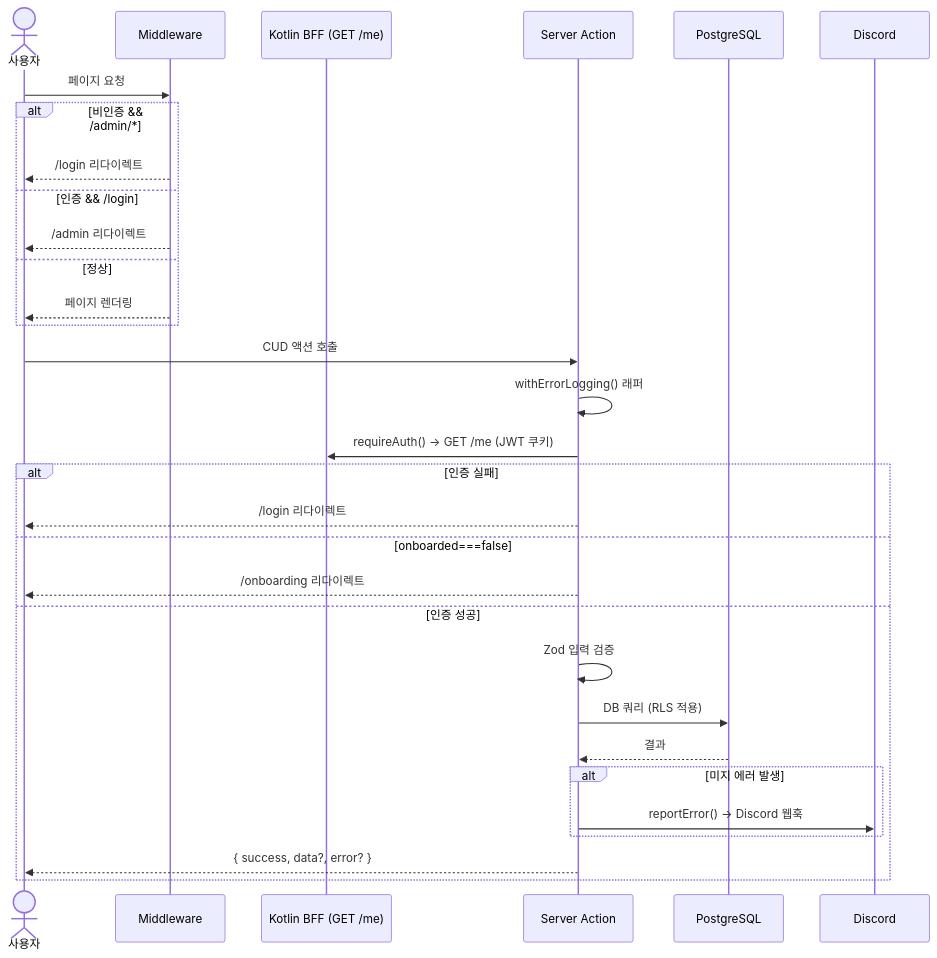
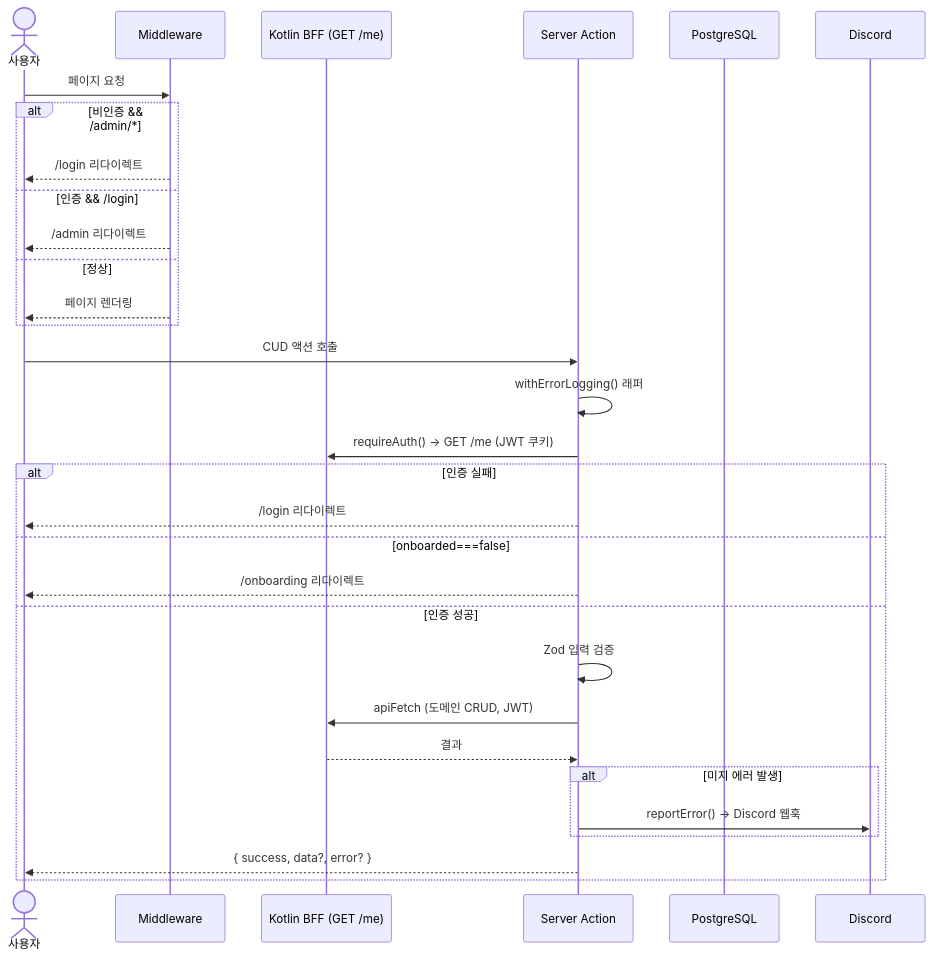
The third of 5 diagrams in docs/ARCHITECTURE.md (flori-ai-kr/web), drawn with Mermaid before and after one commit. The commit also changed other lines of this file and 601 other files, not shown here.

````diff
--- a/docs/ARCHITECTURE.md
+++ b/docs/ARCHITECTURE.md
@@ -307,35 +297,35 @@
 ```mermaid
 sequenceDiagram
     actor U as 사용자
     participant MW as Middleware
     participant BFF as Kotlin BFF (GET /me)
     participant SA as Server Action
     participant PG as PostgreSQL
     participant DC as Discord
 
     U->>MW: 페이지 요청
     alt 비인증 && /admin/*
         MW-->>U: /login 리다이렉트
     else 인증 && /login
         MW-->>U: /admin 리다이렉트
     else 정상
         MW-->>U: 페이지 렌더링
     end
 
     U->>SA: CUD 액션 호출
     SA->>SA: withErrorLogging() 래퍼
     SA->>BFF: requireAuth() → GET /me (JWT 쿠키)
     alt 인증 실패
         SA-->>U: /login 리다이렉트
     else onboarded===false
         SA-->>U: /onboarding 리다이렉트
     else 인증 성공
         SA->>SA: Zod 입력 검증
-        SA->>PG: DB 쿼리 (RLS 적용)
-        PG-->>SA: 결과
+        SA->>BFF: apiFetch (도메인 CRUD, JWT)
+        BFF-->>SA: 결과
         alt 미지 에러 발생
             SA->>DC: reportError() -> Discord 웹훅
         end
         SA-->>U: { success, data?, error? }
     end
 ```
````
